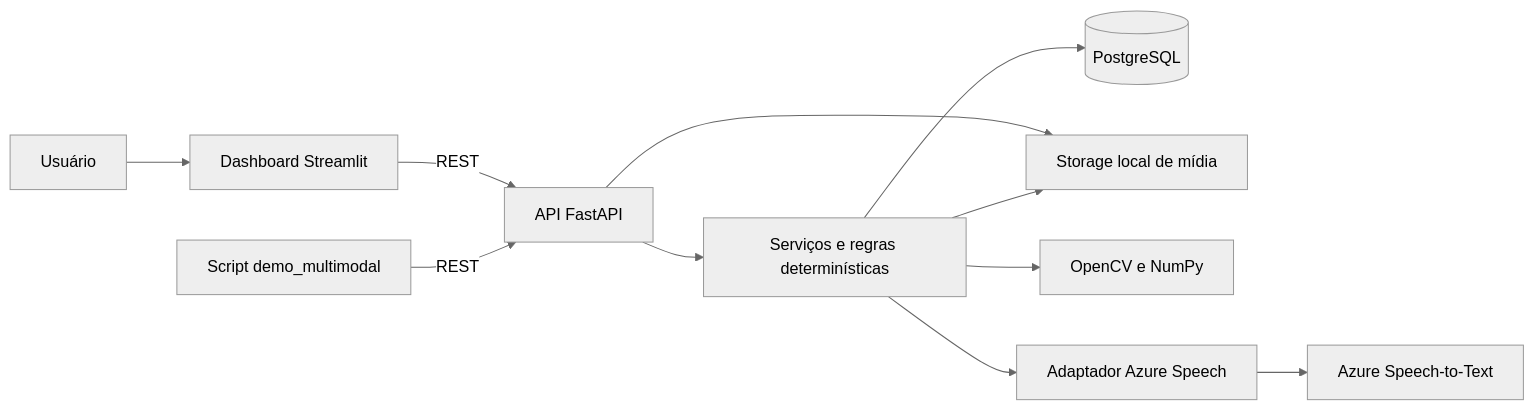
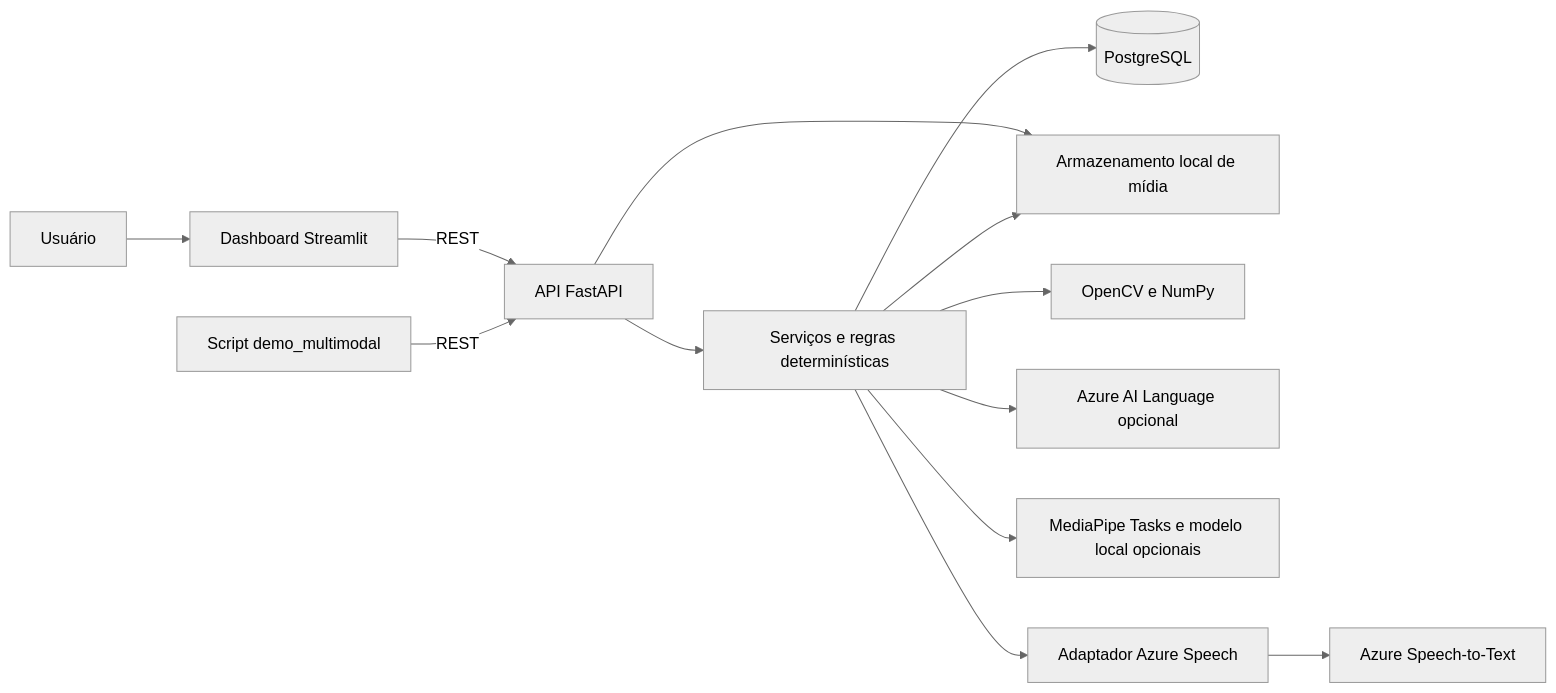
One commit to mo1sess/tech-challenge-fiap-fase-4 changed the first of 10 diagrams in docs/DIAGRAMS.md. Above: the diagram before and after it, drawn with Mermaid (neutral theme). The commit also changed other lines of this file and 61 other files, not shown here.

````diff
--- a/docs/DIAGRAMS.md
+++ b/docs/DIAGRAMS.md
@@ -9,13 +9,15 @@
 ```mermaid
 flowchart LR
     U[Usuário] --> UI[Dashboard Streamlit]
     UI -->|REST| API[API FastAPI]
     CLI[Script demo_multimodal] -->|REST| API
     API --> S[Serviços e regras determinísticas]
     S --> DB[(PostgreSQL)]
-    API --> FS[Storage local de mídia]
+    API --> FS[Armazenamento local de mídia]
     S --> FS
     S --> V[OpenCV e NumPy]
+    S --> L[Azure AI Language opcional]
+    S --> P[MediaPipe Tasks e modelo local opcionais]
     S --> A[Adaptador Azure Speech]
     A --> AZ[Azure Speech-to-Text]
 ```
````
